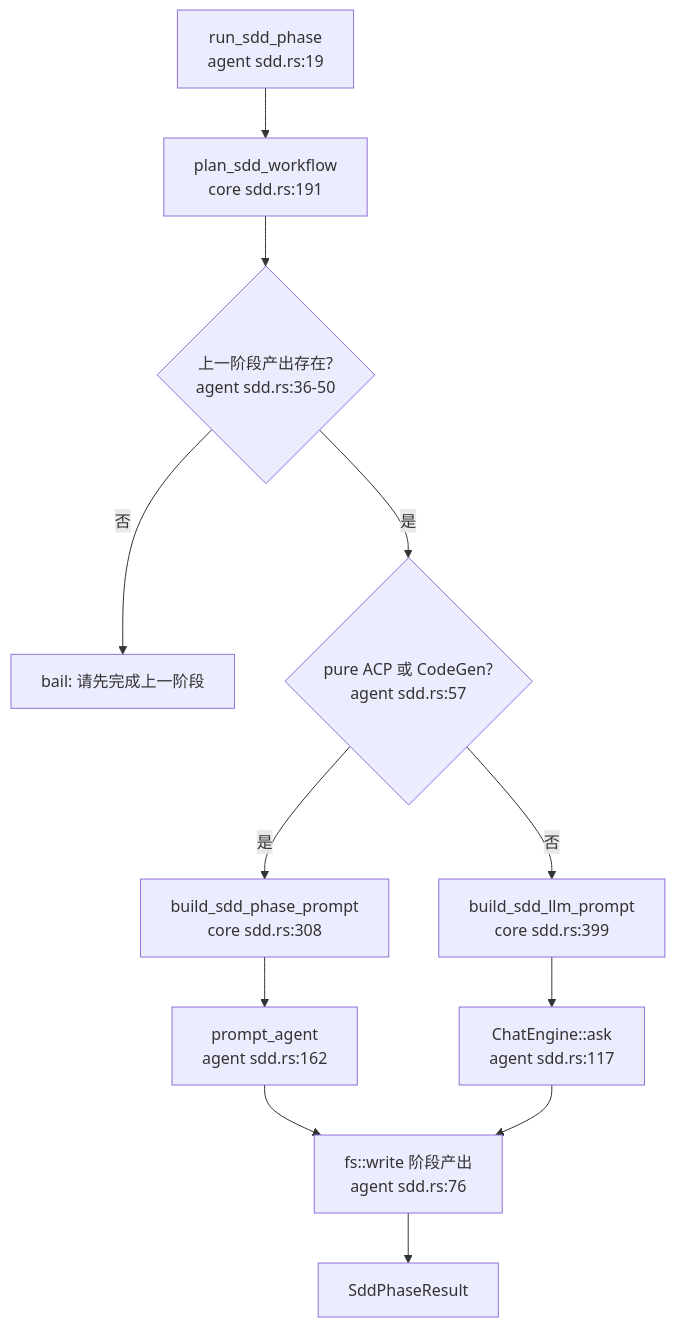
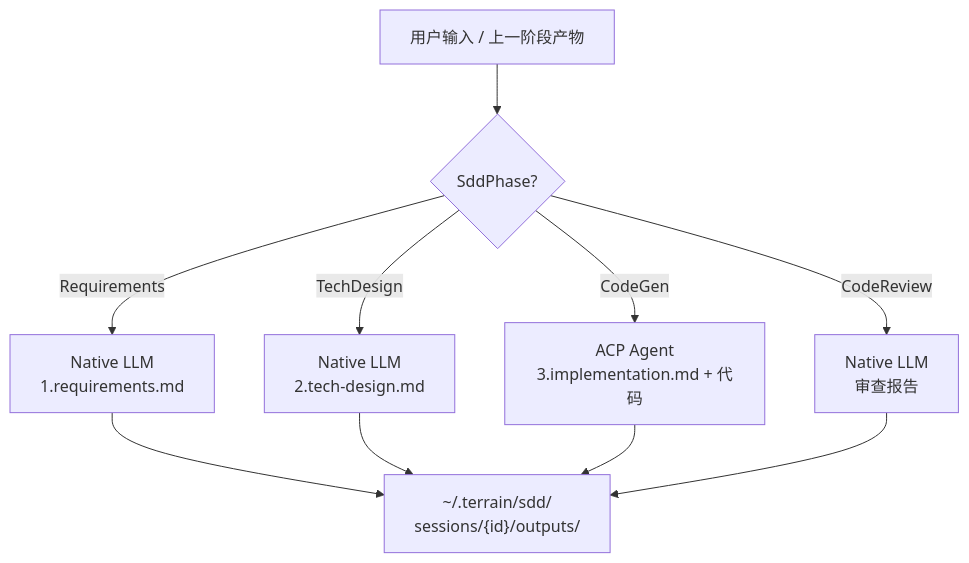
The diagram in .terrain/human/4.Deep-Exploration/SDD工作流.md (sopaco/terrain), drawn with Mermaid before and after one commit. The commit also changed other lines of this file and 79 other files, not shown here.

````diff
--- a/.terrain/human/4.Deep-Exploration/SDD工作流.md
+++ b/.terrain/human/4.Deep-Exploration/SDD工作流.md
@@ -47,14 +35,12 @@
 ```mermaid
 flowchart TD
-    A["run_sdd_phase<br/>agent sdd.rs:19"] --> B["plan_sdd_workflow<br/>core sdd.rs:191"]
-    B --> C{"上一阶段产出存在?<br/>agent sdd.rs:36-50"}
-    C -->|否| X["bail: 请先完成上一阶段"]
-    C -->|是| D{"pure ACP 或 CodeGen?<br/>agent sdd.rs:57"}
-    D -->|是| E["build_sdd_phase_prompt<br/>core sdd.rs:308"]
-    E --> F["prompt_agent<br/>agent sdd.rs:162"]
-    D -->|否| G["build_sdd_llm_prompt<br/>core sdd.rs:399"]
-    G --> H["ChatEngine::ask<br/>agent sdd.rs:117"]
-    F --> I["fs::write 阶段产出<br/>agent sdd.rs:76"]
-    H --> I
-    I --> J["SddPhaseResult"]
+    A["用户输入 / 上一阶段产物"] --> B{"SddPhase?"}
+    B -->|Requirements| C["Native LLM<br/>1.requirements.md"]
+    B -->|TechDesign| D["Native LLM<br/>2.tech-design.md"]
+    B -->|CodeGen| E["ACP Agent<br/>3.implementation.md + 代码"]
+    B -->|CodeReview| F["Native LLM<br/>审查报告"]
+    C --> G["~/.terrain/sdd/<br/>sessions/{id}/outputs/"]
+    D --> G
+    E --> G
+    F --> G
 ```
````
